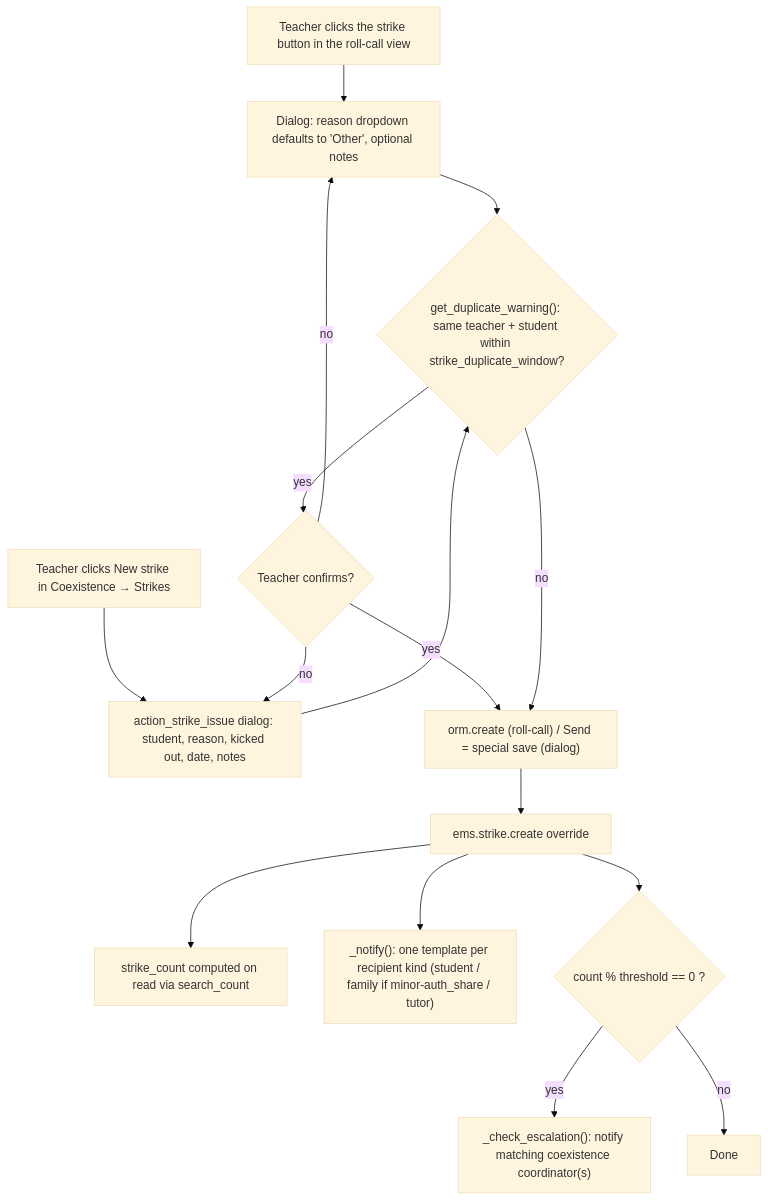
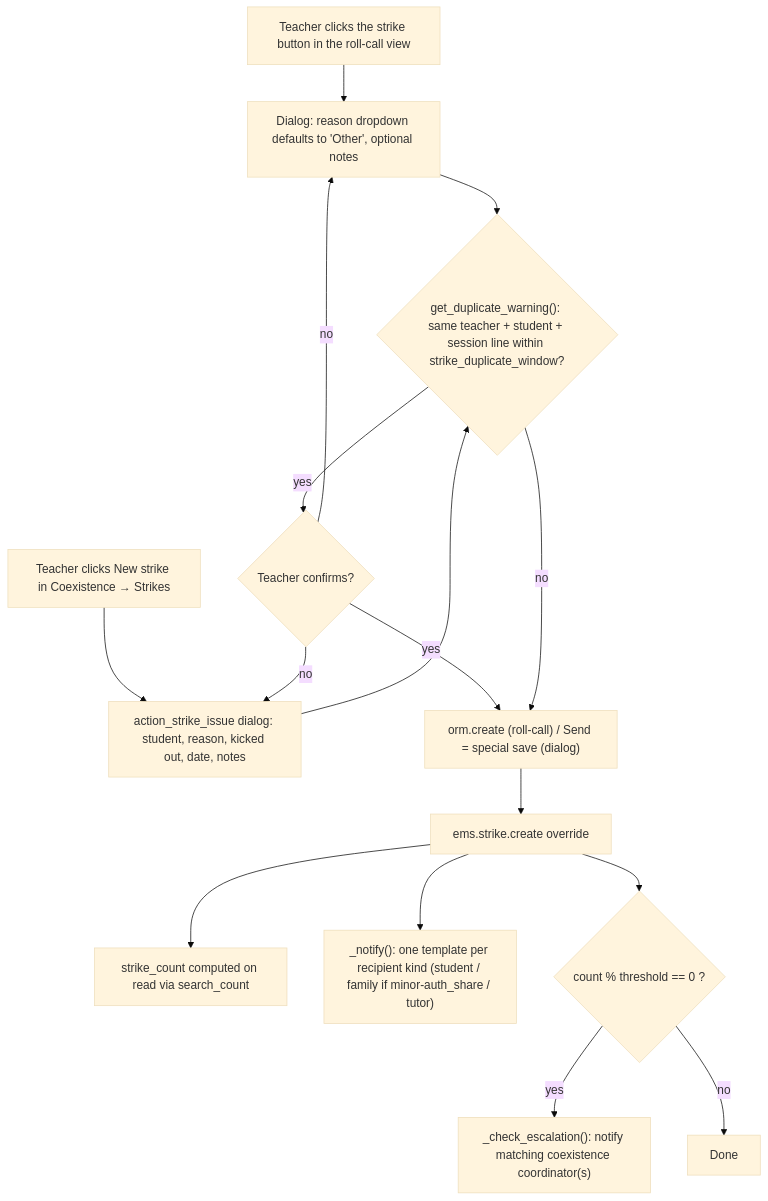
Before and after one commit to ElPuig/EMS: the diagram in docs/en/developers/coexistence/strike.md, drawn with Mermaid (base theme). The commit also changed other lines of this file and 14 other files, not shown here.

````diff
--- a/docs/en/developers/coexistence/strike.md
+++ b/docs/en/developers/coexistence/strike.md
@@ -49,18 +49,18 @@
 ```mermaid
 flowchart TD
     A[Teacher clicks the strike button in the roll-call view] --> B[Dialog: reason dropdown defaults to 'Other', optional notes]
     A2[Teacher clicks New strike in Coexistence → Strikes] --> B2["action_strike_issue dialog: student, reason, kicked out, date, notes"]
-    B --> W{"get_duplicate_warning(): same teacher + student within strike_duplicate_window?"}
+    B --> W{"get_duplicate_warning(): same teacher + student + session line within strike_duplicate_window?"}
     B2 --> W
     W -- yes --> X{Teacher confirms?}
     X -- no --> B
     X -- no --> B2
     X -- yes --> C
     W -- no --> C["orm.create (roll-call) / Send = special save (dialog)"]
     C --> D[ems.strike.create override]
     D --> E[strike_count computed on read via search_count]
     D --> F["_notify(): one template per recipient kind (student / family if minor-auth_share / tutor)"]
     D --> G{"count % threshold == 0 ?"}
     G -- yes --> H["_check_escalation(): notify matching coexistence coordinator(s)"]
     G -- no --> I[Done]
 ```
````
